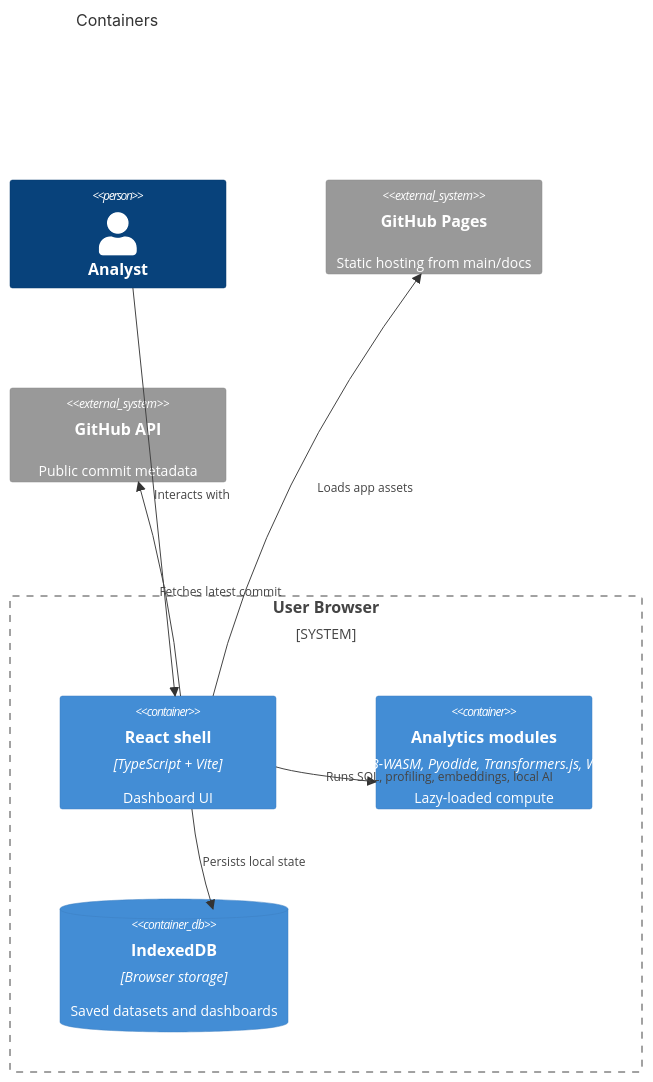
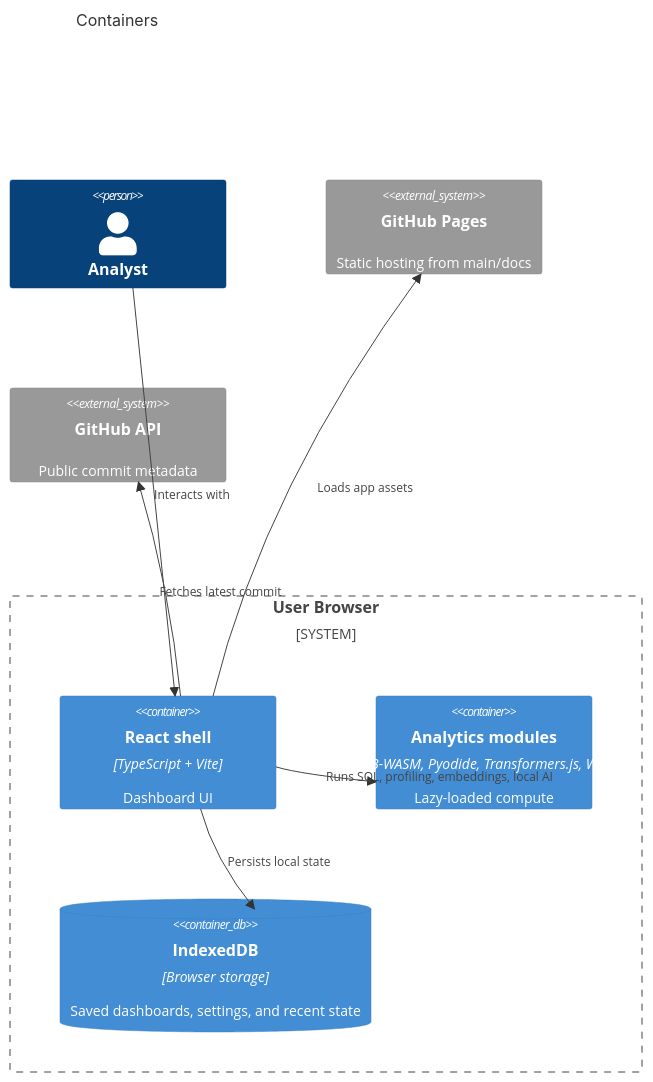
One commit to baditaflorin/browser-bi-studio changed the second of 2 diagrams in docs/architecture.md. Above: the diagram before and after it, drawn with Mermaid. The commit also changed other lines of this file and 26 other files, not shown here.

````diff
--- a/docs/architecture.md
+++ b/docs/architecture.md
@@ -25,17 +25,17 @@
 ```mermaid
 C4Container
   title Containers
   Person(user, "Analyst")
   System_Boundary(browser, "User Browser") {
     Container(shell, "React shell", "TypeScript + Vite", "Dashboard UI")
     Container(worker, "Analytics modules", "DuckDB-WASM, Pyodide, Transformers.js, WebLLM", "Lazy-loaded compute")
-    ContainerDb(indexeddb, "IndexedDB", "Browser storage", "Saved datasets and dashboards")
+    ContainerDb(indexeddb, "IndexedDB", "Browser storage", "Saved dashboards, settings, and recent state")
   }
   System_Ext(pages, "GitHub Pages", "Static hosting from main/docs")
   System_Ext(repo, "GitHub API", "Public commit metadata")
   Rel(user, shell, "Interacts with")
   Rel(shell, worker, "Runs SQL, profiling, embeddings, local AI")
   Rel(shell, indexeddb, "Persists local state")
   Rel(shell, pages, "Loads app assets")
   Rel(shell, repo, "Fetches latest commit")
 ```
````
